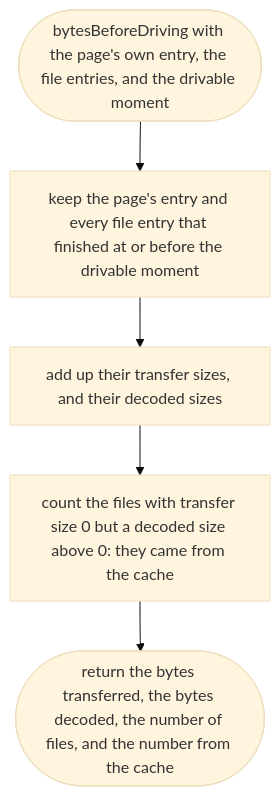
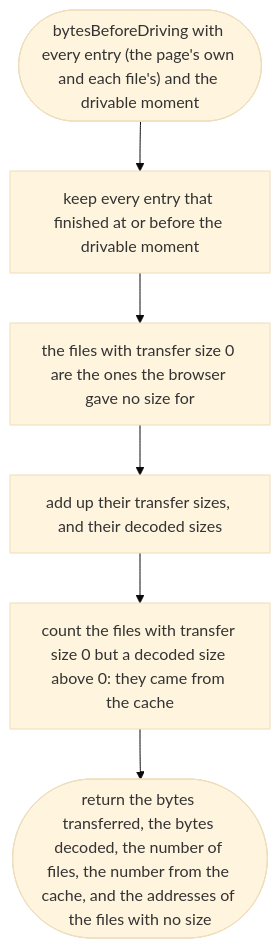
One commit to NewDara-Star/world-engine changed the first of 13 diagrams in docs/designs/src/measure/measure.md. Above: the diagram before and after it, drawn with Mermaid (base theme). The commit also changed other lines of this file and 7 other files, not shown here.

````diff
--- a/docs/designs/src/measure/measure.md
+++ b/docs/designs/src/measure/measure.md
@@ -21,9 +24,10 @@
 ```mermaid
 flowchart TD
-  s(["bytesBeforeDriving with the page's own entry, the file entries, and the drivable moment"])
-  a["keep the page's entry and every file entry that finished at or before the drivable moment"]
+  s(["bytesBeforeDriving with every entry (the page's own and each file's) and the drivable moment"])
+  a["keep every entry that finished at or before the drivable moment"]
+  u["the files with transfer size 0 are the ones the browser gave no size for"]
   b["add up their transfer sizes, and their decoded sizes"]
   c["count the files with transfer size 0 but a decoded size above 0: they came from the cache"]
-  d(["return the bytes transferred, the bytes decoded, the number of files, and the number from the cache"])
-  s --> a --> b --> c --> d
+  d(["return the bytes transferred, the bytes decoded, the number of files, the number from the cache, and the addresses of the files with no size"])
+  s --> a --> u --> b --> c --> d
 ```
````
